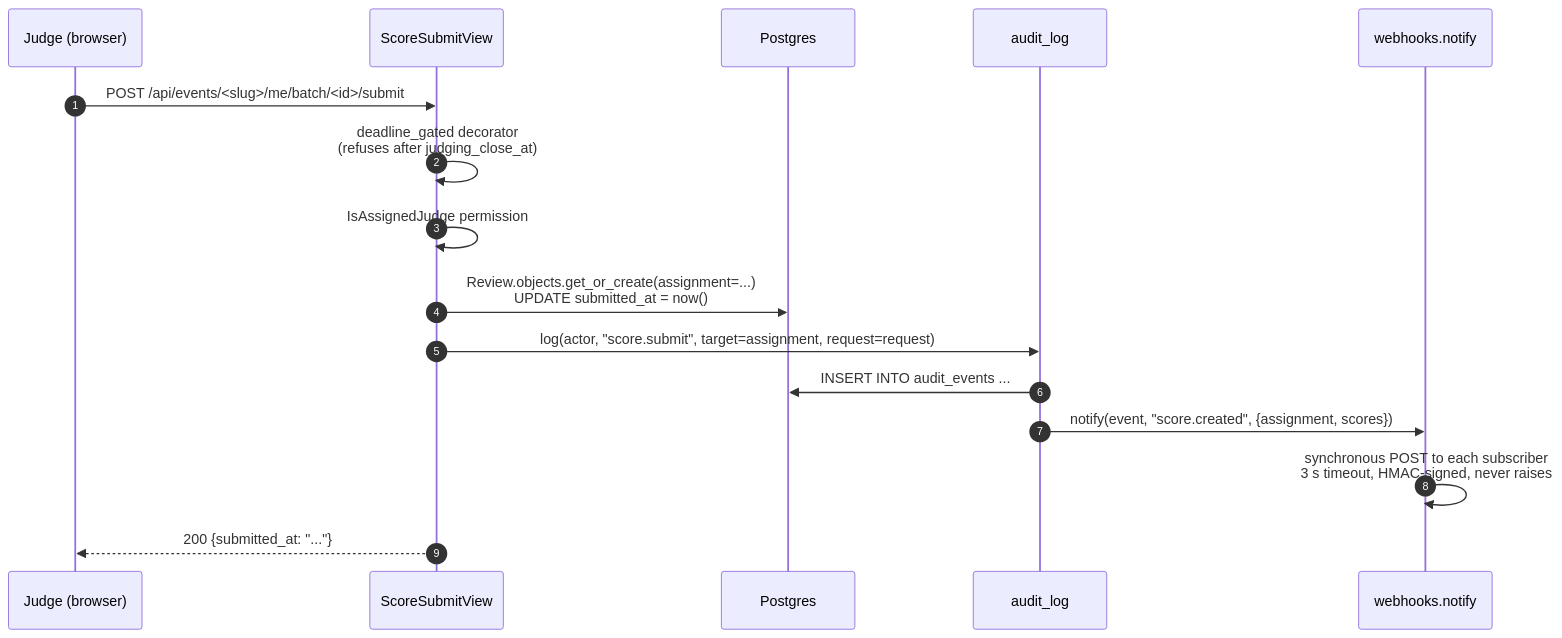
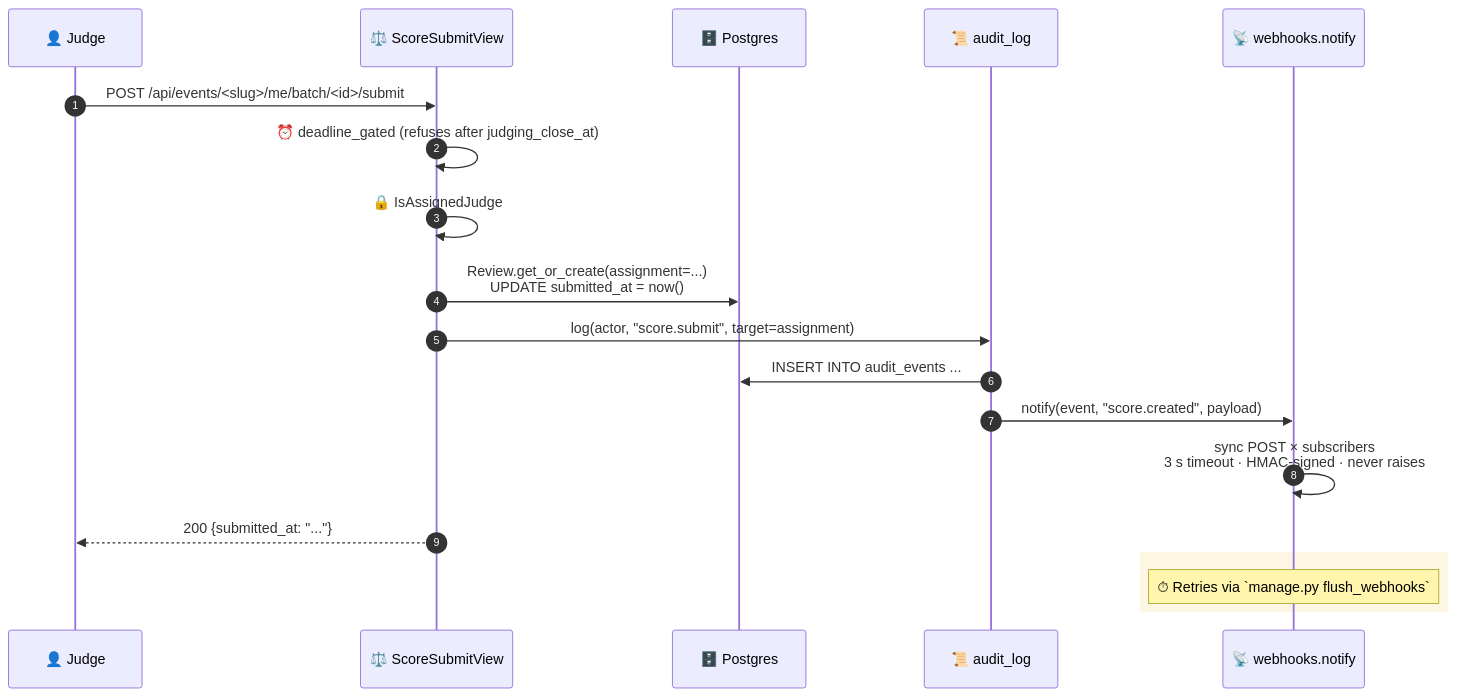
The fourth of 10 diagrams in README.md (choksi2212/dogfood-hackathon), drawn with Mermaid before and after one commit. The commit also changed other lines of this file, not shown here.

First line of the commit message:
README: rebuild diagrams — landscape architecture + light themed palette

````diff
--- a/README.md
+++ b/README.md
@@ -226,19 +253,23 @@
 ```mermaid
 sequenceDiagram
     autonumber
-    participant J as Judge (browser)
-    participant D as ScoreSubmitView
-    participant DB as Postgres
-    participant A as audit_log
-    participant W as webhooks.notify
+    participant J as 👤 Judge
+    participant D as ⚖️ ScoreSubmitView
+    participant DB as 🗄️ Postgres
+    participant A as 📜 audit_log
+    participant W as 📡 webhooks.notify
 
     J->>D: POST /api/events/<slug>/me/batch/<id>/submit
-    D->>D: deadline_gated decorator<br/>(refuses after judging_close_at)
-    D->>D: IsAssignedJudge permission
-    D->>DB: Review.objects.get_or_create(assignment=...)<br/>UPDATE submitted_at = now()
-    D->>A: log(actor, "score.submit", target=assignment, request=request)
+    D->>D: ⏰ deadline_gated (refuses after judging_close_at)
+    D->>D: 🔒 IsAssignedJudge
+    D->>DB: Review.get_or_create(assignment=...)<br/>UPDATE submitted_at = now()
+    D->>A: log(actor, "score.submit", target=assignment)
     A->>DB: INSERT INTO audit_events ...
-    A->>W: notify(event, "score.created", {assignment, scores})
-    W->>W: synchronous POST to each subscriber<br/>3 s timeout, HMAC-signed, never raises
+    A->>W: notify(event, "score.created", payload)
+    W->>W: sync POST × subscribers<br/>3 s timeout · HMAC-signed · never raises
     D-->>J: 200 {submitted_at: "..."}
+
+    rect rgb(253, 246, 227)
+    Note over W: ⏱ Retries via `manage.py flush_webhooks`
+    end
 ```
````
